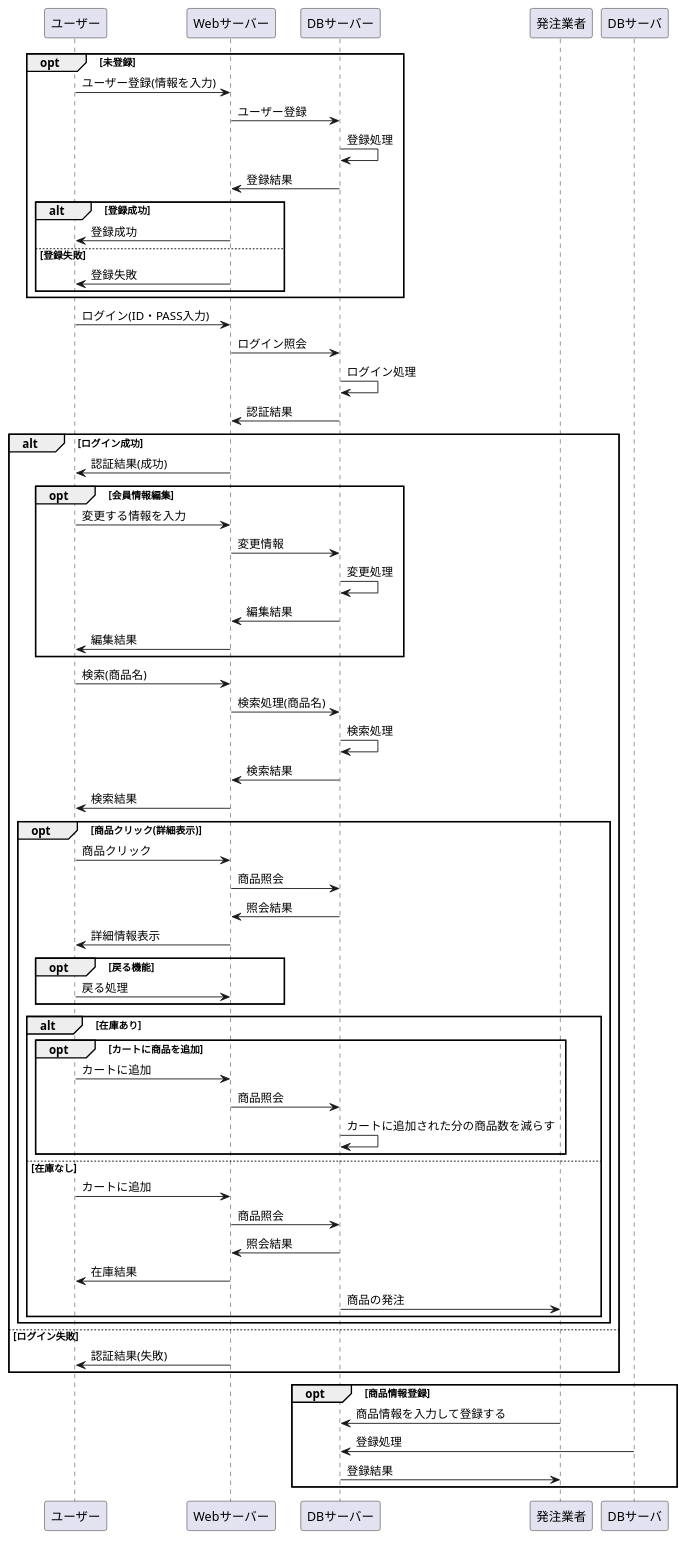
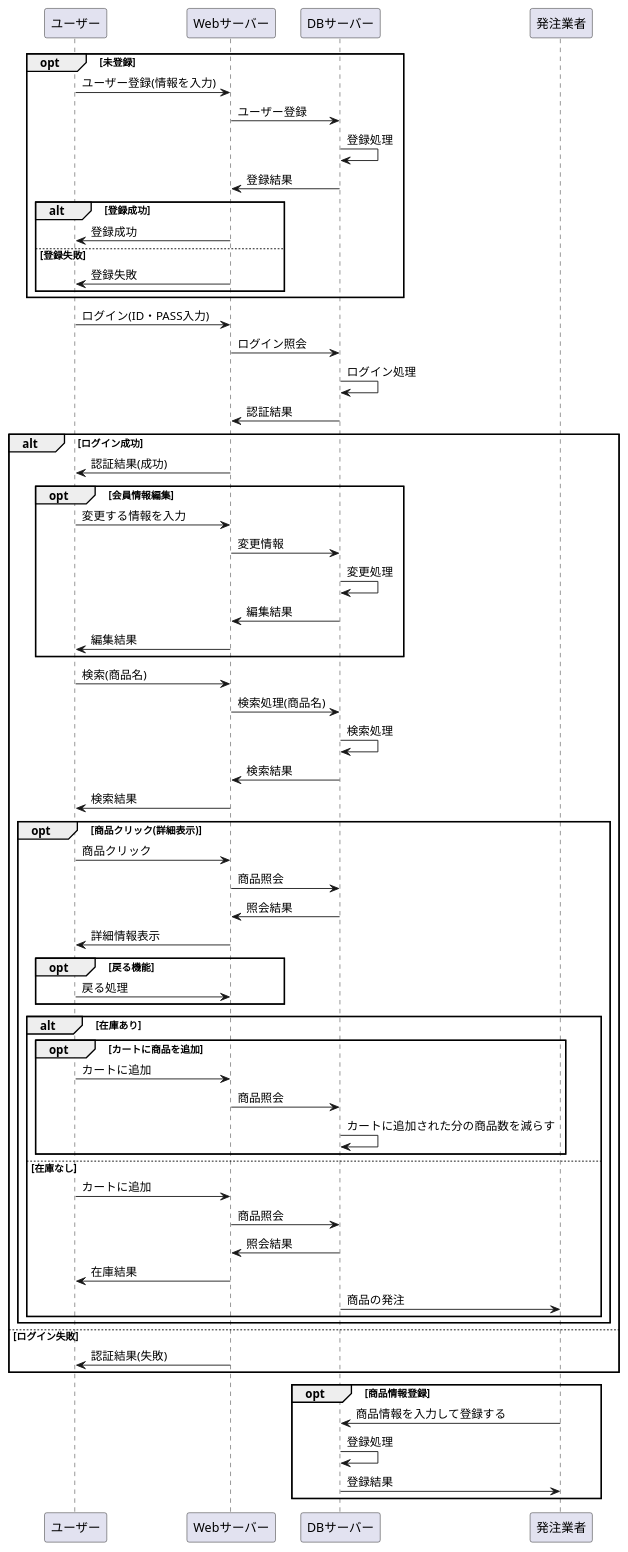
The diagram in cookjob.md (Aso2001154/2021sys-design), drawn with PlantUML before and after one commit.

````diff
--- a/cookjob.md
+++ b/cookjob.md
@@ -1,69 +1,69 @@
 ```uml
 @startuml
 opt 未登録
 ユーザー -> Webサーバー : ユーザー登録(情報を入力)
 Webサーバー -> DBサーバー : ユーザー登録
 DBサーバー -> DBサーバー : 登録処理
 DBサーバー -> Webサーバー : 登録結果
 
 alt 登録成功
 Webサーバー -> ユーザー : 登録成功
 else 登録失敗
 Webサーバー -> ユーザー : 登録失敗
 end
 end
 
 ユーザー -> Webサーバー : ログイン(ID・PASS入力)
 Webサーバー -> DBサーバー : ログイン照会
 DBサーバー -> DBサーバー : ログイン処理
 DBサーバー -> Webサーバー : 認証結果
 
 alt ログイン成功
 Webサーバー -> ユーザー : 認証結果(成功)
 
 opt 会員情報編集
 ユーザー -> Webサーバー : 変更する情報を入力
 Webサーバー -> DBサーバー :変更情報
 DBサーバー -> DBサーバー : 変更処理
 DBサーバー -> Webサーバー : 編集結果
 Webサーバー -> ユーザー : 編集結果
 end
 
 ユーザー -> Webサーバー : 検索(商品名)
 Webサーバー -> DBサーバー : 検索処理(商品名)
 DBサーバー -> DBサーバー : 検索処理
 DBサーバー -> Webサーバー : 検索結果
 Webサーバー -> ユーザー : 検索結果
 
 opt 商品クリック(詳細表示)
 ユーザー -> Webサーバー : 商品クリック
 Webサーバー -> DBサーバー : 商品照会
 DBサーバー -> Webサーバー : 照会結果
 Webサーバー -> ユーザー : 詳細情報表示
 opt 戻る機能
 ユーザー -> Webサーバー : 戻る処理
 end
 alt 在庫あり
 opt カートに商品を追加
 ユーザー -> Webサーバー : カートに追加
 Webサーバー -> DBサーバー : 商品照会
 DBサーバー -> DBサーバー : カートに追加された分の商品数を減らす
 end
 else 在庫なし
 ユーザー -> Webサーバー : カートに追加
 Webサーバー -> DBサーバー : 商品照会
 DBサーバー -> Webサーバー : 照会結果
 Webサーバー -> ユーザー : 在庫結果
 DBサーバー -> 発注業者 : 商品の発注
 end
 end
 else ログイン失敗
 Webサーバー -> ユーザー : 認証結果(失敗)
 end
 opt 商品情報登録
 発注業者 -> DBサーバー : 商品情報を入力して登録する
-DBサーバ -> DBサーバー : 登録処理
+DBサーバー -> DBサーバー : 登録処理
 DBサーバー -> 発注業者 : 登録結果
 end
 @enduml
 ```
````
